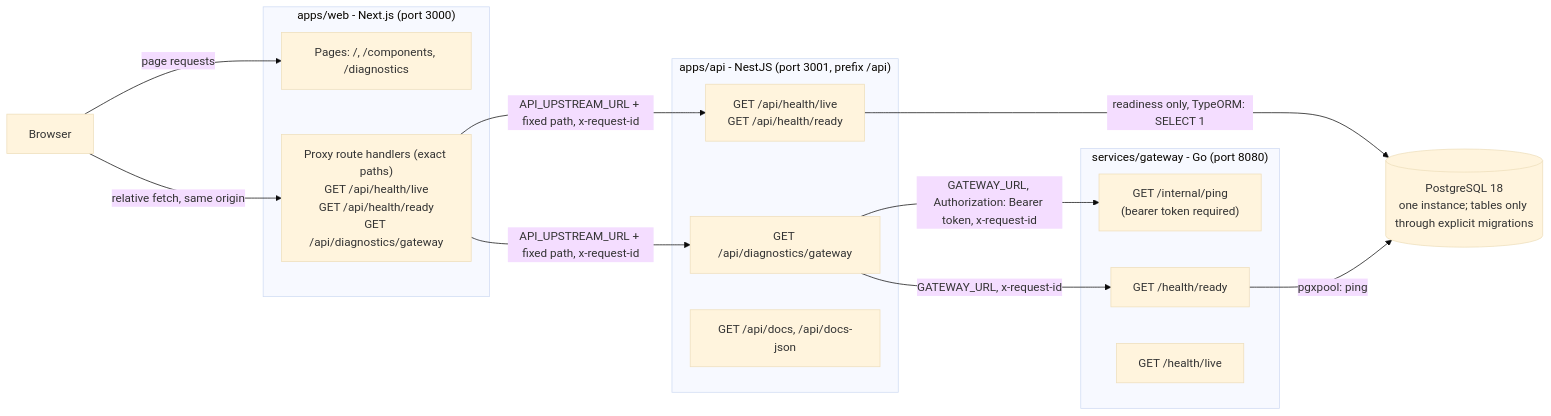
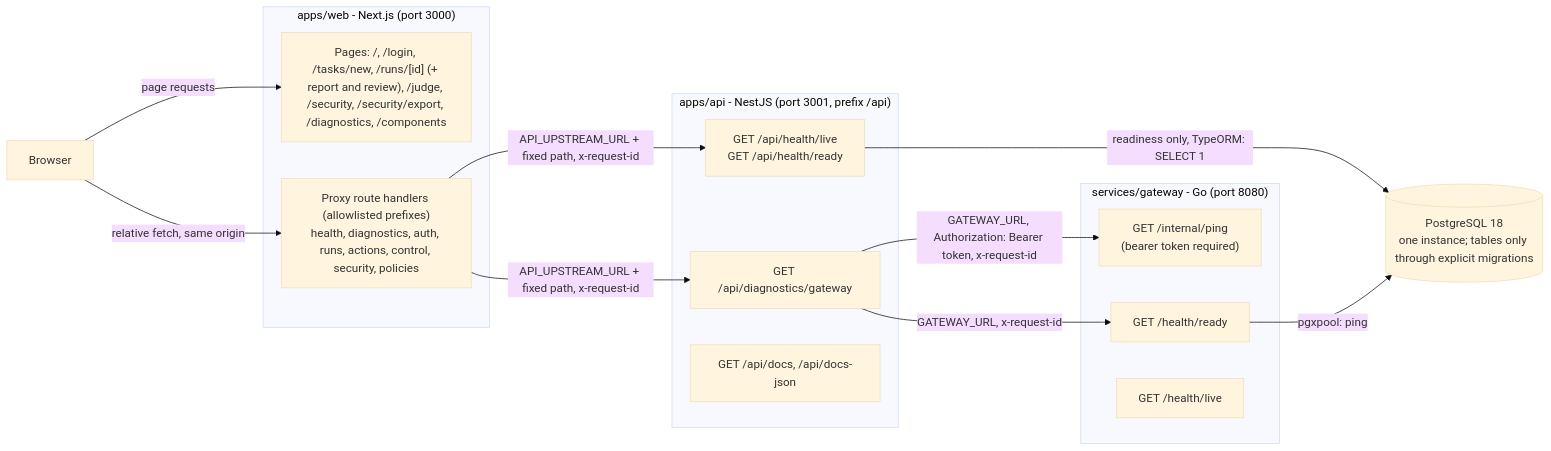
The diagram in docs/architecture.md (ataege/ai-control-layer), drawn with Mermaid (base theme) before and after one commit. The commit also changed other lines of this file and 4 other files, not shown here.

First line of the commit message:
docs: Apply the stale-claims audit to architecture, workflow, handoff, config and API facade

````diff
--- a/docs/architecture.md
+++ b/docs/architecture.md
@@ -11,32 +11,32 @@
 ```mermaid
 flowchart LR
     browser["Browser"]
 
     subgraph web["apps/web - Next.js (port 3000)"]
-        pages["Pages: /, /components, /diagnostics"]
-        proxy["Proxy route handlers (exact paths)<br/>GET /api/health/live<br/>GET /api/health/ready<br/>GET /api/diagnostics/gateway"]
+        pages["Pages: /, /login, /tasks/new, /runs/[id] (+ report and review), /judge, /security, /security/export, /diagnostics, /components"]
+        proxy["Proxy route handlers (allowlisted prefixes)<br/>health, diagnostics, auth, runs, actions, control, security, policies"]
     end
 
     subgraph api["apps/api - NestJS (port 3001, prefix /api)"]
         apiHealth["GET /api/health/live<br/>GET /api/health/ready"]
         apiDiagnostics["GET /api/diagnostics/gateway"]
         apiDocs["GET /api/docs, /api/docs-json"]
     end
 
     subgraph gateway["services/gateway - Go (port 8080)"]
         gatewayPing["GET /internal/ping<br/>(bearer token required)"]
         gatewayReady["GET /health/ready"]
         gatewayLive["GET /health/live"]
     end
 
     postgres[("PostgreSQL 18<br/>one instance; tables only through explicit migrations")]
 
     browser -->|"page requests"| pages
     browser -->|"relative fetch, same origin"| proxy
     proxy -->|"API_UPSTREAM_URL + fixed path, x-request-id"| apiHealth
     proxy -->|"API_UPSTREAM_URL + fixed path, x-request-id"| apiDiagnostics
     apiDiagnostics -->|"GATEWAY_URL, Authorization: Bearer token, x-request-id"| gatewayPing
     apiDiagnostics -->|"GATEWAY_URL, x-request-id"| gatewayReady
     apiHealth -->|"readiness only, TypeORM: SELECT 1"| postgres
     gatewayReady -->|"pgxpool: ping"| postgres
 ```
````
